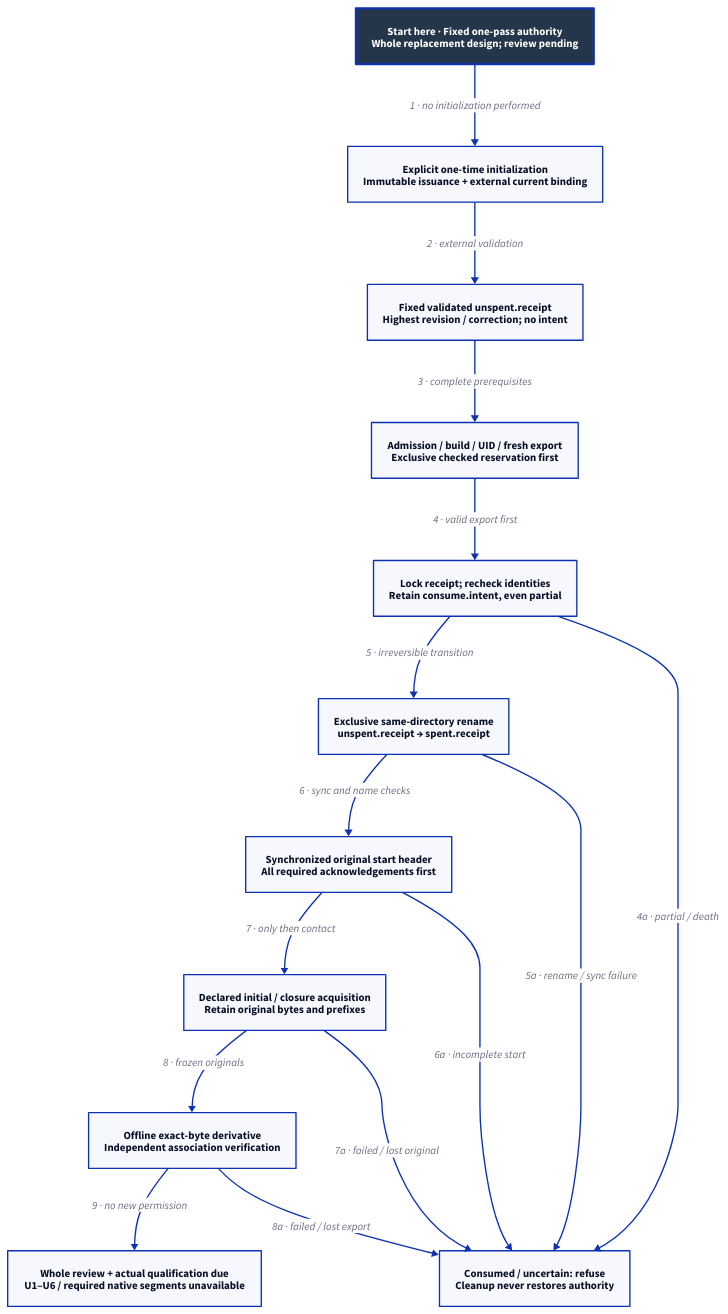
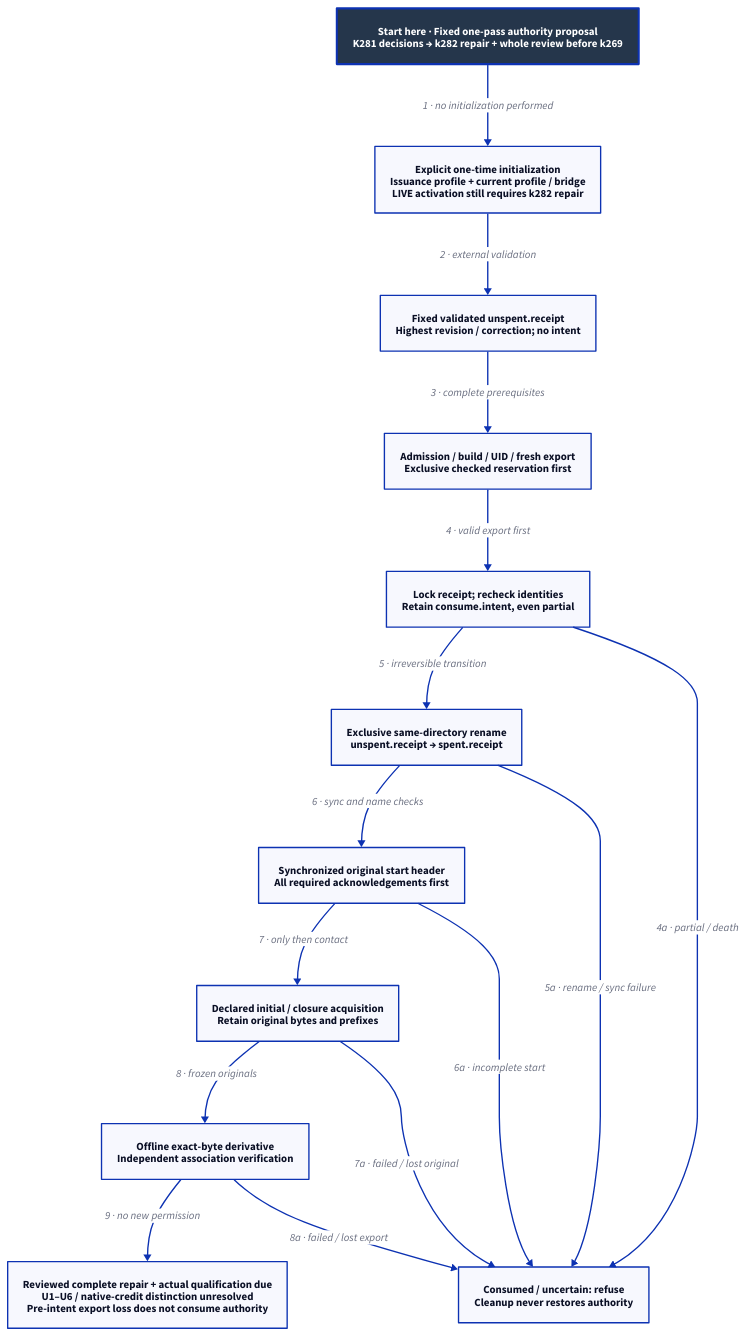
One commit to Linkuistics/Koine changed the diagram in docs/design/architecture/native-reference-admission.d2. Above: the diagram before and after it, drawn with D2. The commit also changed 51 other files, not shown here.

Commit message:
Integrate admission review, repair profile/RPC/supervision/export contracts, and place decision/design work before construction (reference-evidence-admission-repair-k280)

```diff
--- a/docs/design/architecture/native-reference-admission.d2
+++ b/docs/design/architecture/native-reference-admission.d2
@@ -1,30 +1,30 @@
 # Proposed lifecycle; complete contract is normative and qualification remains due.
 direction: down
 classes: {
   start: {style: {fill: "#25364B"; font-color: "#FFFFFF"; bold: true; stroke-width: 3}}
 }
-Start: "Start here · Fixed one-pass authority\nWhole replacement design; review pending" {class: start}
-Provision: "Explicit one-time initialization\nImmutable issuance + external current binding"
+Start: "Start here · Fixed one-pass authority proposal\nK281 decisions → k282 repair + whole review before k269" {class: start}
+Provision: "Explicit one-time initialization\nIssuance profile + current profile / bridge\nLIVE activation still requires k282 repair"
 Ready: "Fixed validated unspent.receipt\nHighest revision / correction; no intent"
 Export: "Admission / build / UID / fresh export\nExclusive checked reservation first"
 Intent: "Lock receipt; recheck identities\nRetain consume.intent, even partial"
 Spent: "Exclusive same-directory rename\nunspent.receipt → spent.receipt"
 Original: "Synchronized original start header\nAll required acknowledgements first"
 Capture: "Declared initial / closure acquisition\nRetain original bytes and prefixes"
 Derivative: "Offline exact-byte derivative\nIndependent association verification"
 Refuse: "Consumed / uncertain: refuse\nCleanup never restores authority"
-Limit: "Whole review + actual qualification due\nU1–U6 / required native segments unavailable"
+Limit: "Reviewed complete repair + actual qualification due\nU1–U6 / native-credit distinction unresolved\nPre-intent export loss does not consume authority"
 Start -> Provision: "1 · no initialization performed"
 Provision -> Ready: "2 · external validation"
 Ready -> Export: "3 · complete prerequisites"
 Export -> Intent: "4 · valid export first"
 Intent -> Spent: "5 · irreversible transition"
 Spent -> Original: "6 · sync and name checks"
 Original -> Capture: "7 · only then contact"
 Capture -> Derivative: "8 · frozen originals"
 Derivative -> Limit: "9 · no new permission"
 Intent -> Refuse: "4a · partial / death"
 Spent -> Refuse: "5a · rename / sync failure"
 Original -> Refuse: "6a · incomplete start"
 Capture -> Refuse: "7a · failed / lost original"
 Derivative -> Refuse: "8a · failed / lost export"
```
